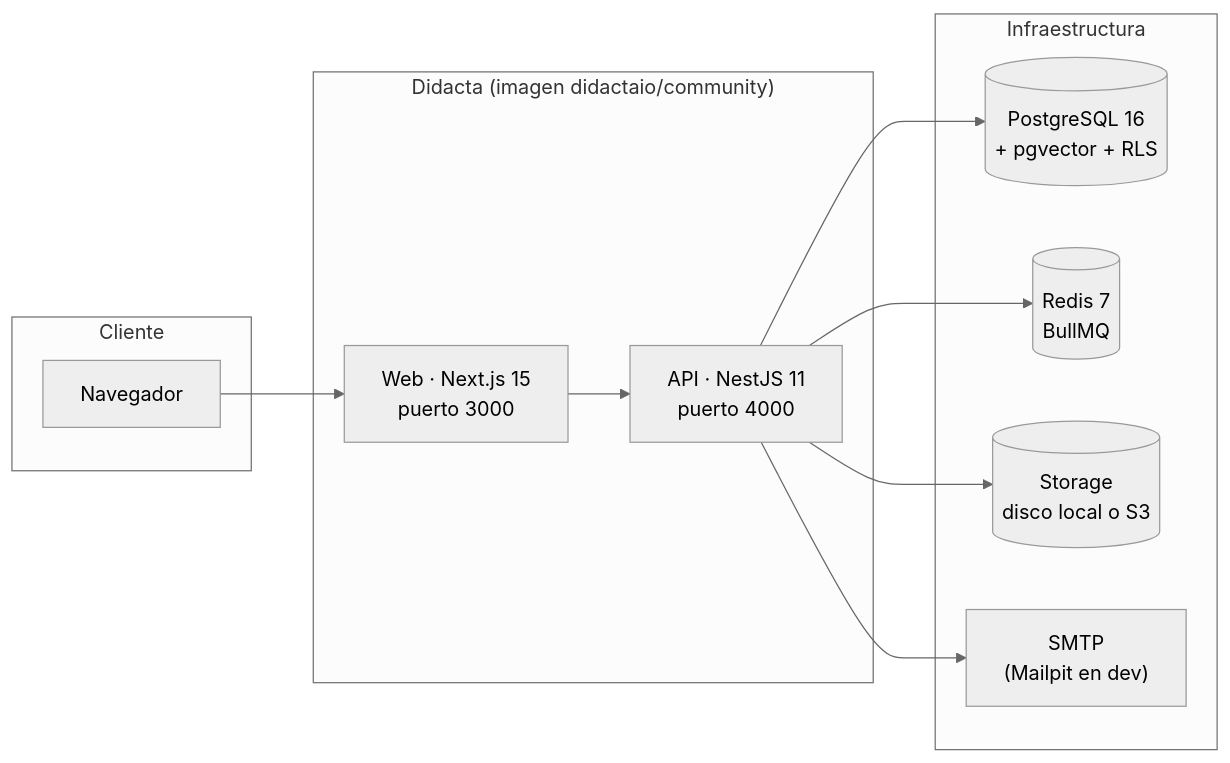
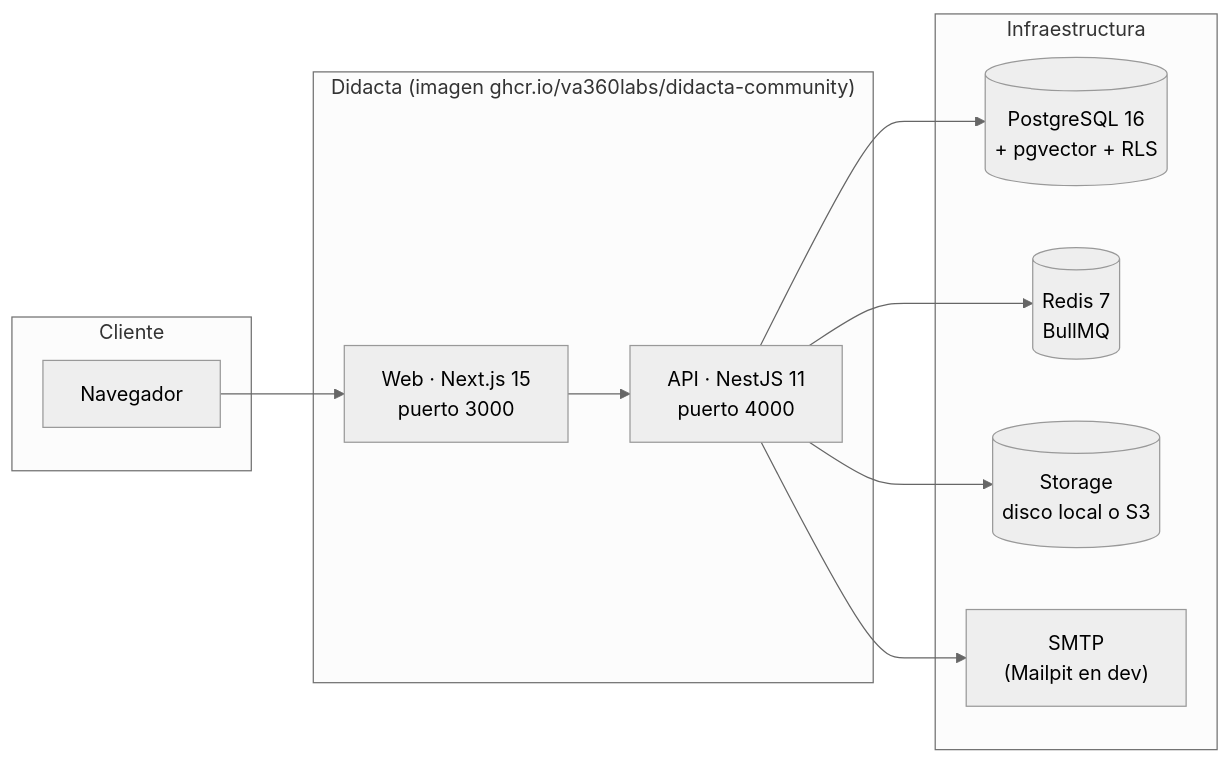
One commit to va360labs/didacta-docs changed the diagram in docs/primeros-pasos/arquitectura.md. Above: the diagram before and after it, drawn with Mermaid (neutral theme). The commit also changed other lines of this file and 18 other files, not shown here.

````diff
--- a/docs/primeros-pasos/arquitectura.md
+++ b/docs/primeros-pasos/arquitectura.md
@@ -7,22 +7,22 @@
 ```mermaid
 flowchart LR
     subgraph Cliente
         B[Navegador]
     end
-    subgraph "Didacta (imagen didactaio/community)"
+    subgraph "Didacta (imagen ghcr.io/va360labs/didacta-community)"
         W["Web · Next.js 15<br/>puerto 3000"]
         A["API · NestJS 11<br/>puerto 4000"]
     end
     subgraph Infraestructura
         P[("PostgreSQL 16<br/>+ pgvector + RLS")]
         R[("Redis 7<br/>BullMQ")]
         S[("Storage<br/>disco local o S3")]
         M["SMTP<br/>(Mailpit en dev)"]
     end
     B --> W
     W --> A
     A --> P
     A --> R
     A --> S
     A --> M
 ```
````
